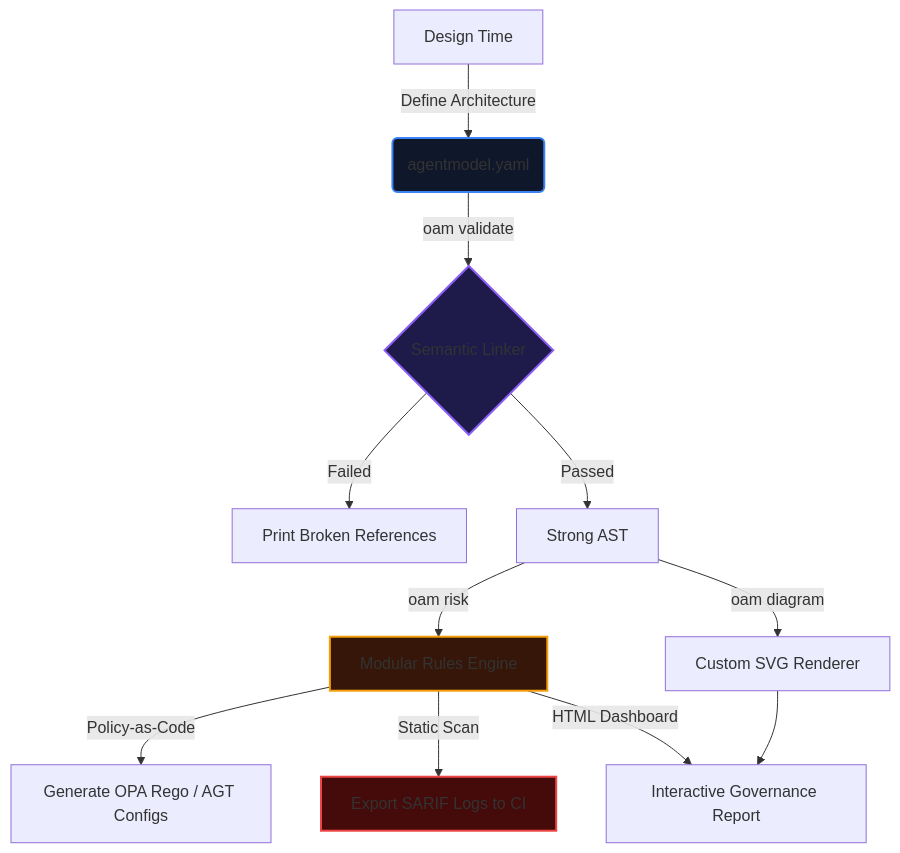
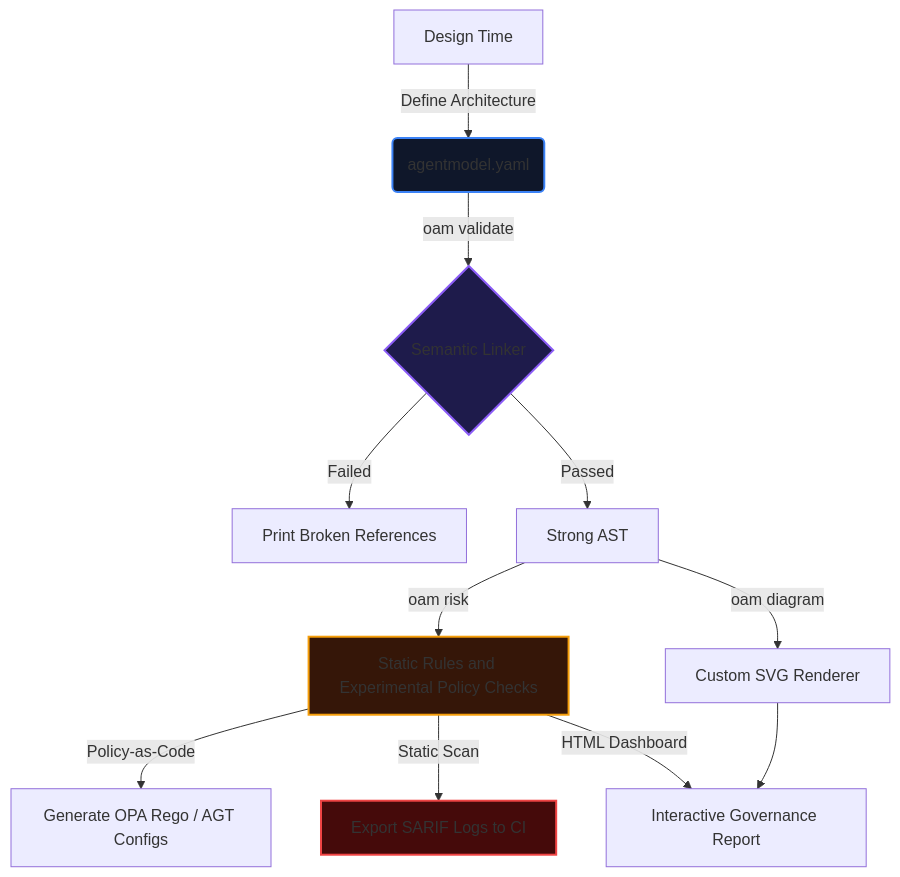
One commit to yashitkumarsingh/open-agent-model changed the first of 2 diagrams in docs/concepts.md. Above: the diagram before and after it, drawn with Mermaid. The commit also changed other lines of this file and 21 other files, not shown here.

````diff
--- a/docs/concepts.md
+++ b/docs/concepts.md
@@ -13,18 +13,18 @@
 ```mermaid
 graph TD
   A[Design Time] -->|Define Architecture| B(agentmodel.yaml)
   B -->|oam validate| C{Semantic Linker}
   C -->|Failed| D[Print Broken References]
   C -->|Passed| E[Strong AST]
-  E -->|oam risk| F[Modular Rules Engine]
+  E -->|oam risk| F[Static Rules and Experimental Policy Checks]
   E -->|oam diagram| G[Custom SVG Renderer]
   F -->|Policy-as-Code| H[Generate OPA Rego / AGT Configs]
   F -->|Static Scan| I[Export SARIF Logs to CI]
   F -->|HTML Dashboard| J[Interactive Governance Report]
   G --> J
   
   style B fill:#0f172a,stroke:#3b82f6,stroke-width:2px
   style C fill:#1e1b4b,stroke:#8b5cf6,stroke-width:2px
   style F fill:#351608,stroke:#f59e0b,stroke-width:2px
   style I fill:#450a0a,stroke:#ef4444,stroke-width:2px
 ```
````
